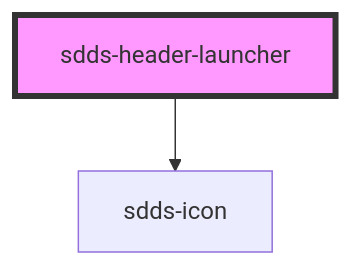
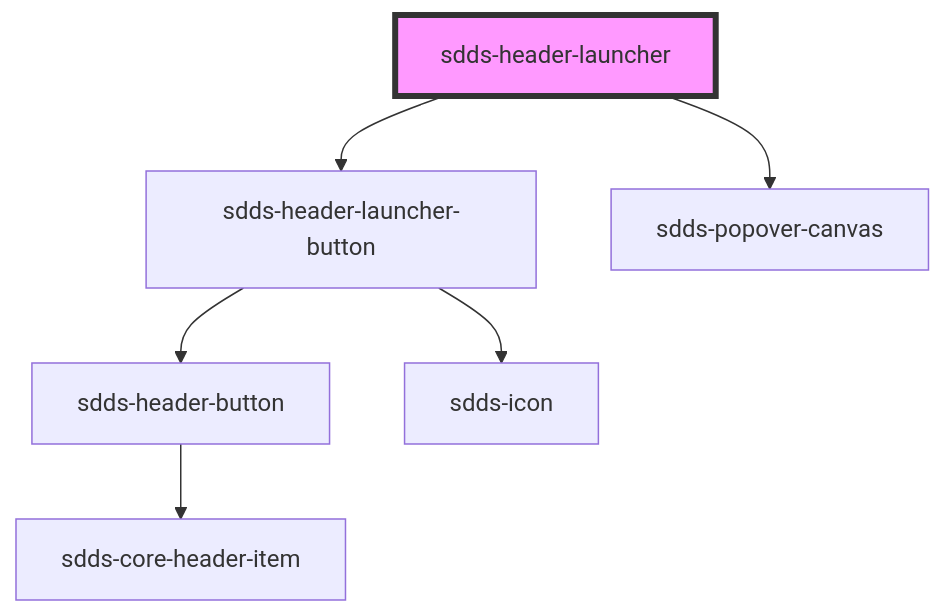
The diagram in tegel/src/components/header/webcomponent/header-launcher/readme.md (scania-digital-design-system/sdds), drawn with Mermaid before and after one commit. The commit also changed other lines of this file and 168 other files, not shown here.

````diff
--- a/tegel/src/components/header/webcomponent/header-launcher/readme.md
+++ b/tegel/src/components/header/webcomponent/header-launcher/readme.md
@@ -43,5 +23,9 @@
 ```mermaid
 graph TD;
-  sdds-header-launcher --> sdds-icon
+  sdds-header-launcher --> sdds-header-launcher-button
+  sdds-header-launcher --> sdds-popover-canvas
+  sdds-header-launcher-button --> sdds-header-button
+  sdds-header-launcher-button --> sdds-icon
+  sdds-header-button --> sdds-core-header-item
   style sdds-header-launcher fill:#f9f,stroke:#333,stroke-width:4px
 ```
````
